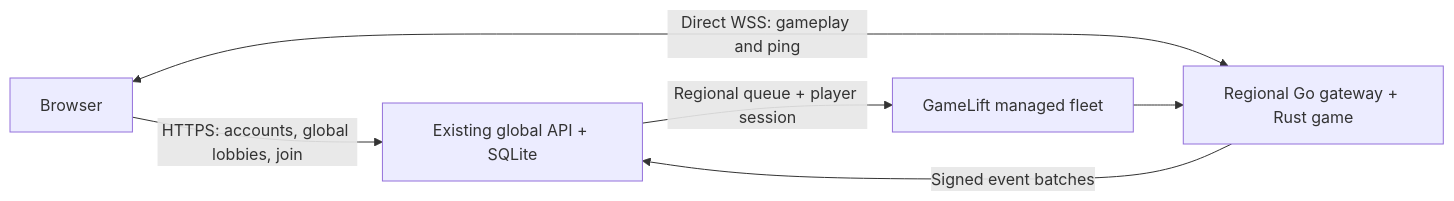
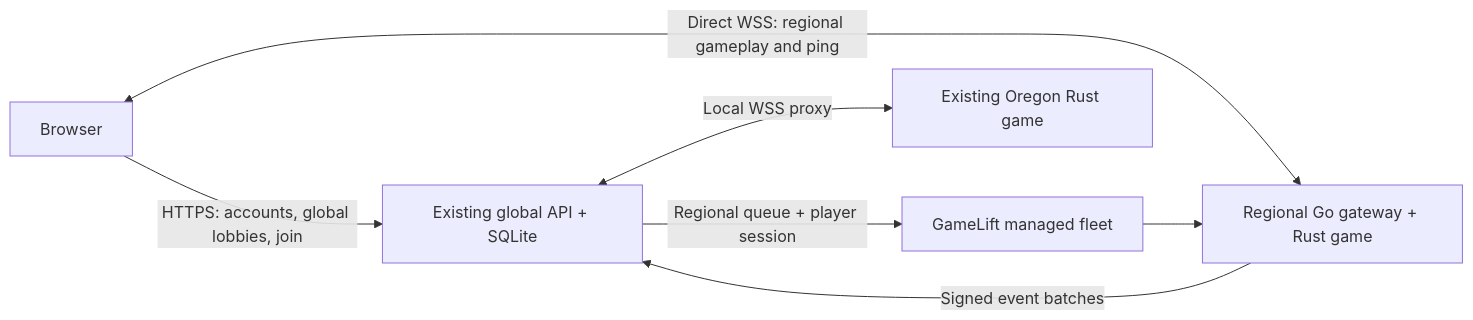
The diagram in server/README.md (play-bolts/play-bolts.github.io), drawn with Mermaid before and after one commit. The commit also changed other lines of this file and 26 other files, not shown here.

Commit message:
Add warm regional lobbies with guarded GameLift rollout

````diff
--- a/server/README.md
+++ b/server/README.md
@@ -20,8 +20,9 @@
 ```mermaid
 flowchart LR
   Browser -->|HTTPS: accounts, global lobbies, join|Directory[Existing global API + SQLite]
   Directory -->|Regional queue + player session|GameLift[GameLift managed fleet]
-  Browser <-->|Direct WSS: gameplay and ping|Regional[Regional Go gateway + Rust game]
+  Browser <-->|Direct WSS: regional gameplay and ping|Regional[Regional Go gateway + Rust game]
+  Directory <-->|Local WSS proxy|Oregon[Existing Oregon Rust game]
   GameLift --> Regional
   Regional -->|Signed event batches|Directory
 ```
````
